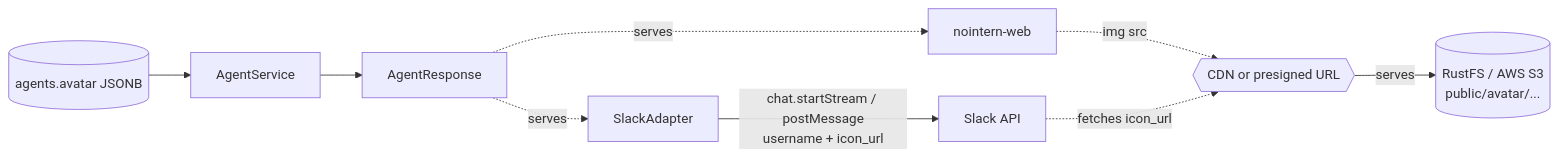
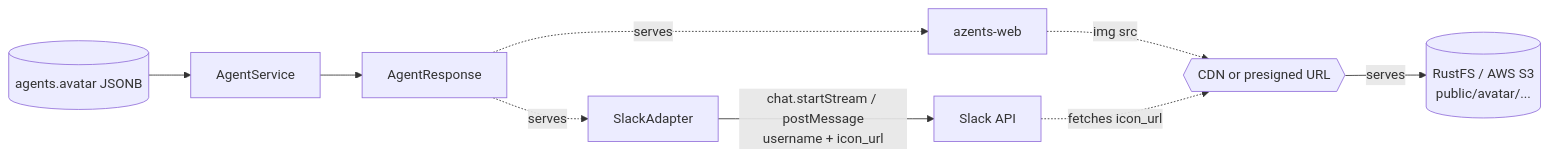
Before and after one commit to azents/azents: the second of 2 diagrams in docs/azents/design/profile-260421-profile-image.md, drawn with Mermaid. The commit also changed other lines of this file and 245 other files, not shown here.

````diff
--- a/docs/azents/design/profile-260421-profile-image.md
+++ b/docs/azents/design/profile-260421-profile-image.md
@@ -86,12 +86,12 @@
 ```mermaid
 flowchart LR
     REPO[(agents.avatar JSONB)] --> SVC[AgentService]
     SVC --> RESP[AgentResponse]
-    RESP -.serves.-> WEB[nointern-web]
+    RESP -.serves.-> WEB[azents-web]
     RESP -.serves.-> SLACK[SlackAdapter]
 
     CDN{{CDN or presigned URL}} -->|serves| RUSTFS[(RustFS / AWS S3<br/>public/avatar/...)]
     WEB -.img src.-> CDN
     SLACK -->|chat.startStream / postMessage<br/>username + icon_url| SLAPI[Slack API]
     SLAPI -.fetches icon_url.-> CDN
 ```
````
